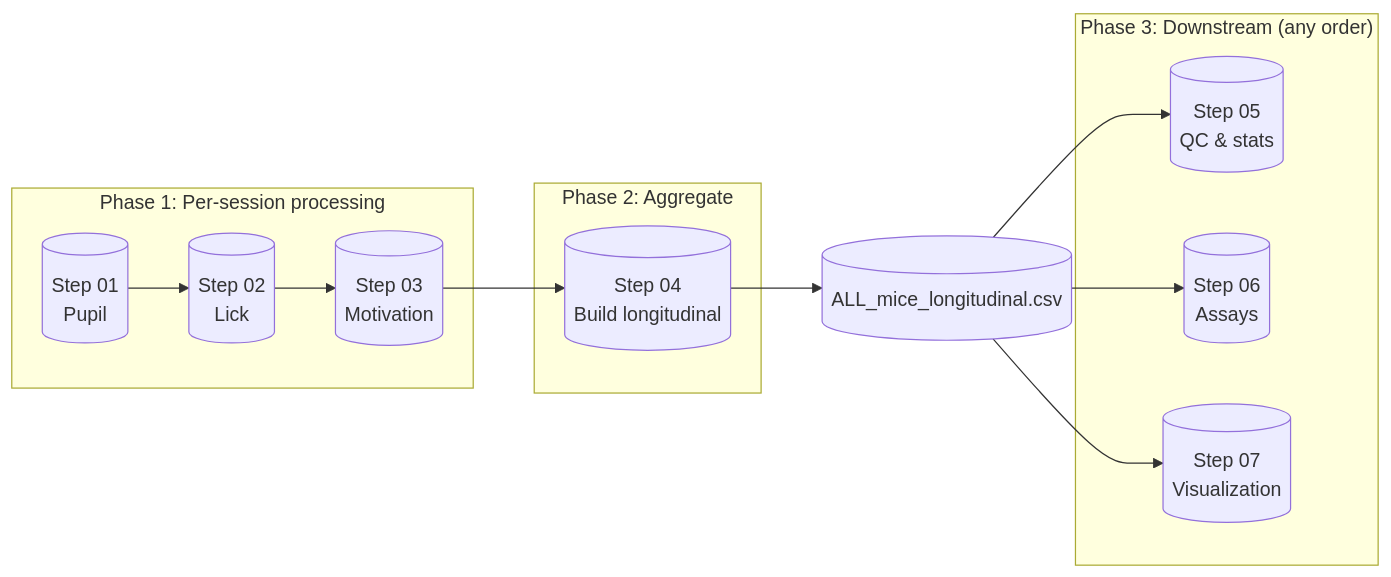
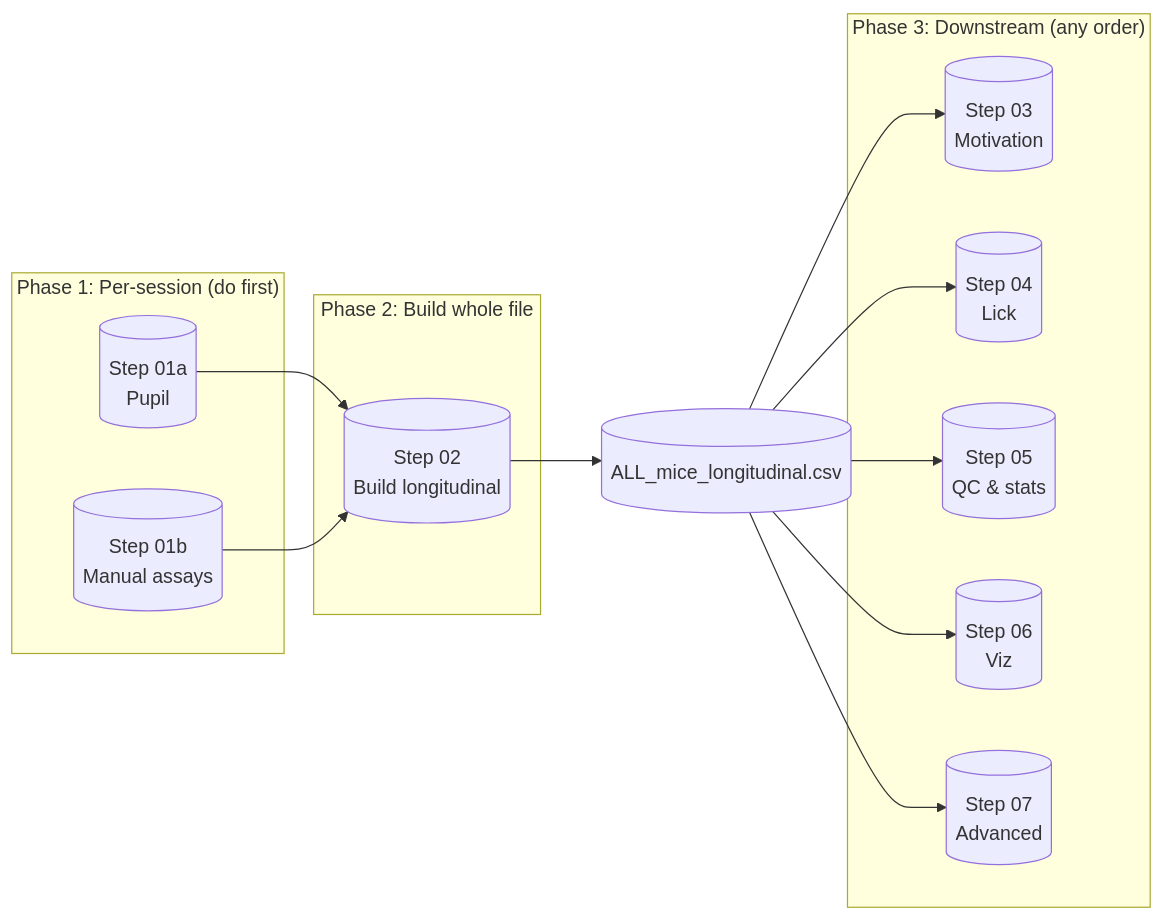
The diagram in README.md (limserenahansol/opioidaddiction-matlab), drawn with Mermaid before and after one commit. The commit also changed other lines of this file and 33 other files, not shown here.

First line of the commit message:
Reorganize: 01a/01b per-session, 02 longitudinal, 03-07 downstream; add step07_advanced and module table

````diff
--- a/README.md
+++ b/README.md
@@ -9,22 +9,26 @@
 ```mermaid
 flowchart LR
-    subgraph phase1["Phase 1: Per-session processing"]
-        S01[("Step 01<br/>Pupil")]
-        S02[("Step 02<br/>Lick")]
-        S03[("Step 03<br/>Motivation")]
+    subgraph phase1["Phase 1: Per-session (do first)"]
+        S01a[("Step 01a<br/>Pupil")]
+        S01b[("Step 01b<br/>Manual assays")]
     end
-    subgraph phase2["Phase 2: Aggregate"]
-        S04[("Step 04<br/>Build longitudinal")]
+    subgraph phase2["Phase 2: Build whole file"]
+        S02[("Step 02<br/>Build longitudinal")]
     end
     subgraph phase3["Phase 3: Downstream (any order)"]
+        S03[("Step 03<br/>Motivation")]
+        S04[("Step 04<br/>Lick")]
         S05[("Step 05<br/>QC & stats")]
-        S06[("Step 06<br/>Assays")]
-        S07[("Step 07<br/>Visualization")]
+        S06[("Step 06<br/>Viz")]
+        S07[("Step 07<br/>Advanced")]
     end
     CSV[(ALL_mice_longitudinal.csv)]
-    S01 --> S02 --> S03 --> S04
-    S04 --> CSV
+    S01a --> S02
+    S01b --> S02
+    S02 --> CSV
+    CSV --> S03
+    CSV --> S04
     CSV --> S05
     CSV --> S06
     CSV --> S07
 ```
````
